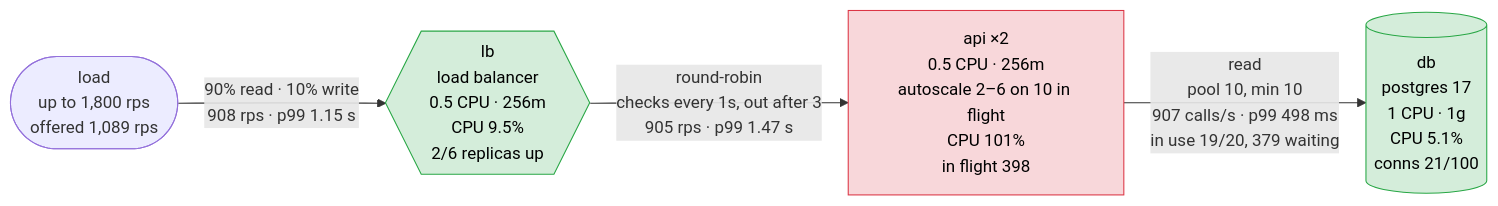
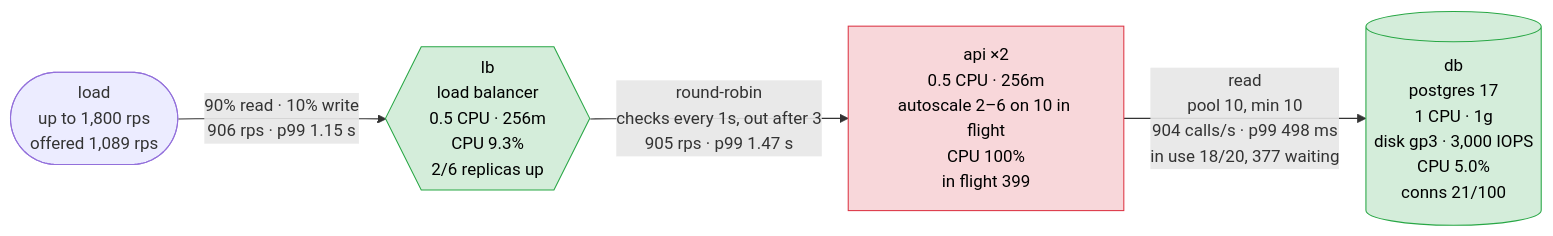
One commit to akinfemi/load-lore changed the first of 5 diagrams in scenarios/featured-on-hacker-news/solutions/scale-on-inflight/report.md. Above: the diagram before and after it, drawn with Mermaid. The commit also changed other lines of this file and 125 other files, not shown here.

````diff
--- a/scenarios/featured-on-hacker-news/solutions/scale-on-inflight/report.md
+++ b/scenarios/featured-on-hacker-news/solutions/scale-on-inflight/report.md
@@ -17,15 +17,15 @@
 ```mermaid
 flowchart LR
     load(["load<br/>up to 1,800 rps<br/>offered 1,089 rps"])
-    lb{{"lb<br/>load balancer<br/>0.5 CPU · 256m<br/>CPU 9.5%<br/>2/6 replicas up"}}
-    api["api ×2<br/>0.5 CPU · 256m<br/>autoscale 2–6 on 10 in flight<br/>CPU 101%<br/>in flight 398"]
-    db[("db<br/>postgres 17<br/>1 CPU · 1g<br/>CPU 5.1%<br/>conns 21/100")]
-    load -->|"90% read · 10% write<br/>908 rps · p99 1.15 s"| lb
+    lb{{"lb<br/>load balancer<br/>0.5 CPU · 256m<br/>CPU 9.3%<br/>2/6 replicas up"}}
+    api["api ×2<br/>0.5 CPU · 256m<br/>autoscale 2–6 on 10 in flight<br/>CPU 100%<br/>in flight 399"]
+    db[("db<br/>postgres 17<br/>1 CPU · 1g<br/>disk gp3 · 3,000 IOPS<br/>CPU 5.0%<br/>conns 21/100")]
+    load -->|"90% read · 10% write<br/>906 rps · p99 1.15 s"| lb
     lb -->|"round-robin<br/>checks every 1s, out after 3<br/>905 rps · p99 1.47 s"| api
-    api -->|"read<br/>pool 10, min 10<br/>907 calls/s · p99 498 ms<br/>in use 19/20, 379 waiting"| db
+    api -->|"read<br/>pool 10, min 10<br/>904 calls/s · p99 498 ms<br/>in use 18/20, 377 waiting"| db
     classDef ok fill:#d4edda,stroke:#28a745,color:#000
     classDef warm fill:#fff3cd,stroke:#d39e00,color:#000
     classDef hot fill:#f8d7da,stroke:#dc3545,color:#000
     class lb,db ok
     class api hot
 ```
````
